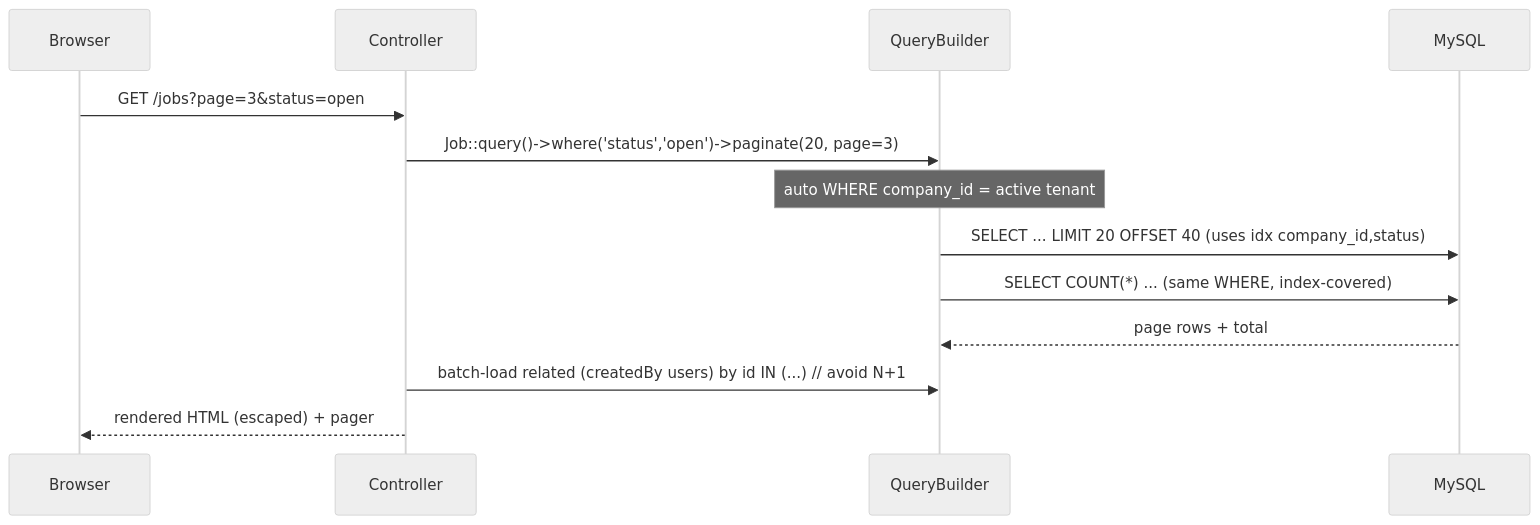
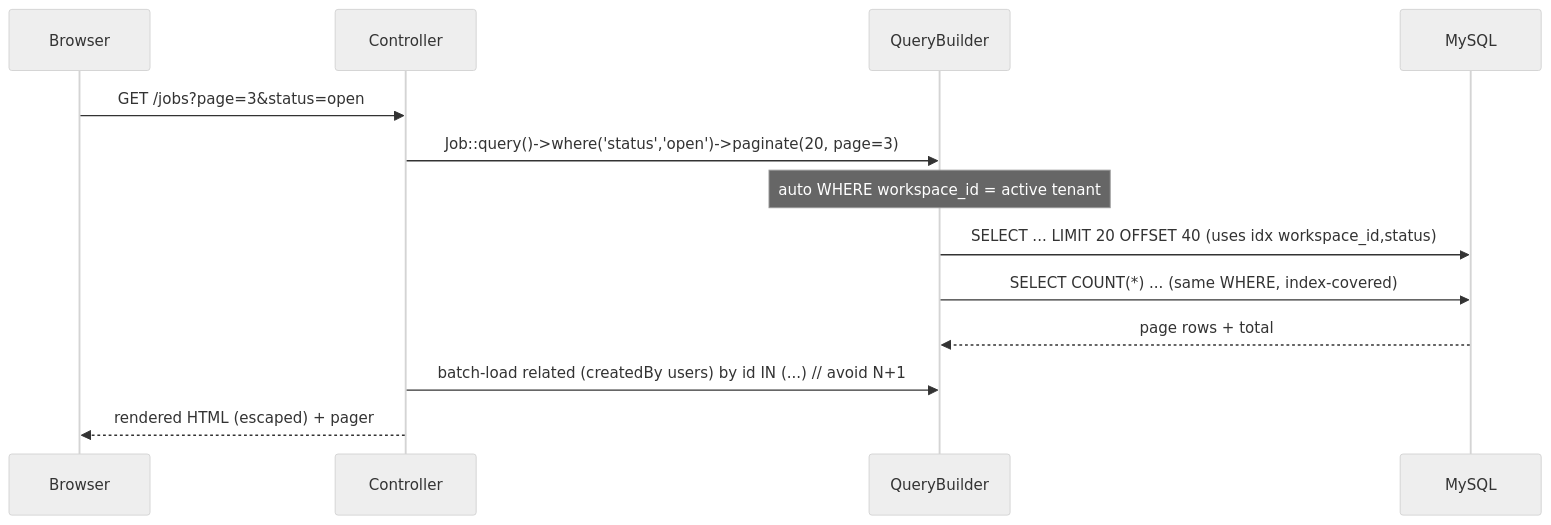
The second of 2 diagrams in docs/35-Performance.md (ammarnabileg/crm), drawn with Mermaid (neutral theme) before and after one commit. The commit also changed other lines of this file and 47 other files, not shown here.

````diff
--- a/docs/35-Performance.md
+++ b/docs/35-Performance.md
@@ -61,15 +61,15 @@
 ```mermaid
 sequenceDiagram
     participant U as Browser
     participant C as Controller
     participant Q as QueryBuilder
     participant DB as MySQL
     U->>C: GET /jobs?page=3&status=open
     C->>Q: Job::query()->where('status','open')->paginate(20, page=3)
-    Note over Q: auto WHERE company_id = active tenant
-    Q->>DB: SELECT ... LIMIT 20 OFFSET 40 (uses idx company_id,status)
+    Note over Q: auto WHERE workspace_id = active tenant
+    Q->>DB: SELECT ... LIMIT 20 OFFSET 40 (uses idx workspace_id,status)
     Q->>DB: SELECT COUNT(*) ... (same WHERE, index-covered)
     DB-->>Q: page rows + total
     C->>Q: batch-load related (createdBy users) by id IN (...)  // avoid N+1
     C-->>U: rendered HTML (escaped) + pager
 ```
````
